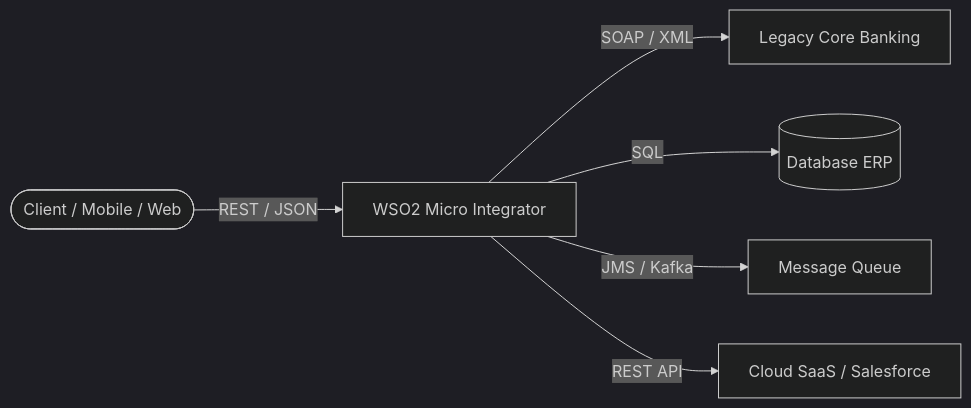
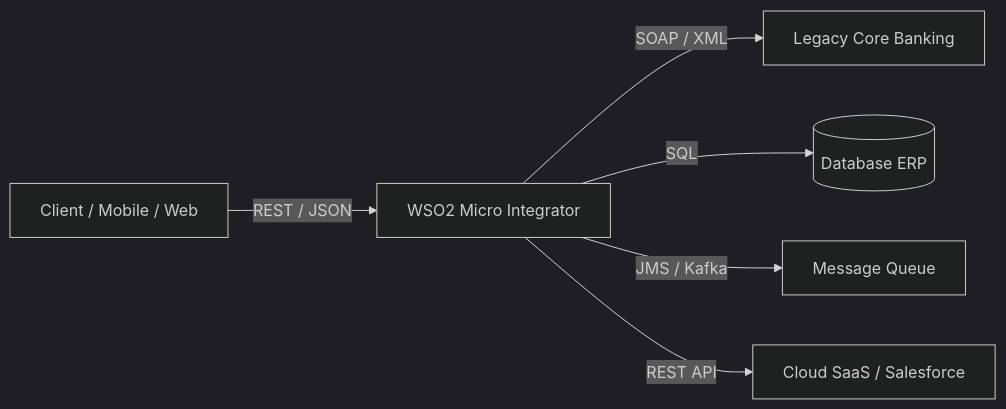
Before and after one commit to jovancamorris/assa-learn-tech: the first of 5 diagrams in materi/wso2/pengenalan_wso2_integrator.md, drawn with Mermaid (dark theme). The commit also changed other lines of this file and 11 other files, not shown here.

Commit message:
feat: add foundational learning modules for Ballerina and WSO2 Integrator documentation

````diff
--- a/materi/wso2/pengenalan_wso2_integrator.md
+++ b/materi/wso2/pengenalan_wso2_integrator.md
@@ -11,8 +11,8 @@
 ```mermaid
 graph LR
-    Client([Client / Mobile / Web]) -->|REST / JSON| WSO2[WSO2 Micro Integrator]
-    WSO2 -->|SOAP / XML| Legacy[Legacy Core Banking]
-    WSO2 -->|SQL| DB[(Database ERP)]
-    WSO2 -->|JMS / Kafka| Broker[Message Queue]
-    WSO2 -->|REST API| Cloud[Cloud SaaS / Salesforce]
+    Client["Client / Mobile / Web"] -->|"REST / JSON"| WSO2["WSO2 Micro Integrator"]
+    WSO2 -->|"SOAP / XML"| Legacy["Legacy Core Banking"]
+    WSO2 -->|"SQL"| DB[("Database ERP")]
+    WSO2 -->|"JMS / Kafka"| Broker["Message Queue"]
+    WSO2 -->|"REST API"| Cloud["Cloud SaaS / Salesforce"]
 ```
````
